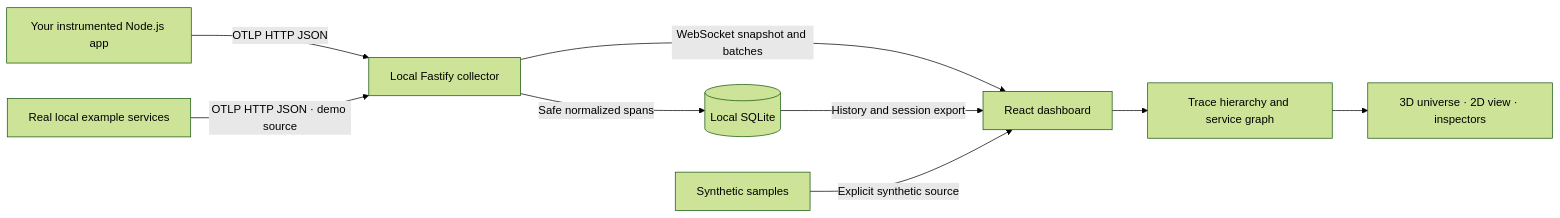
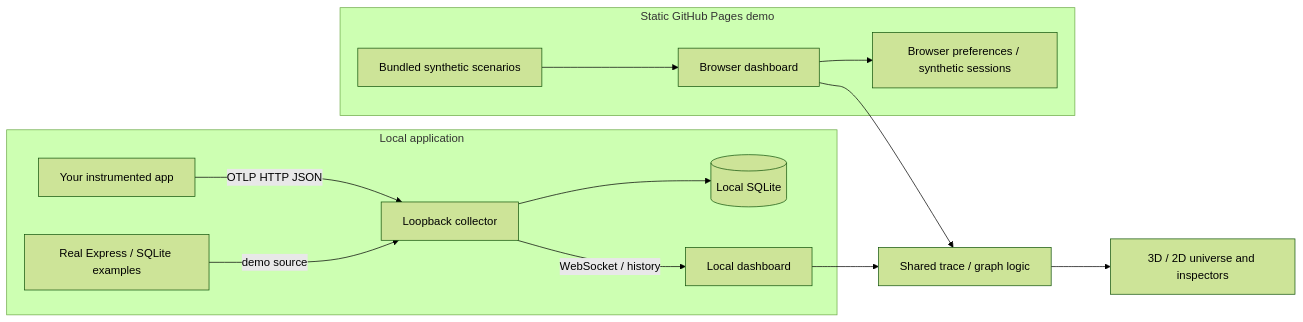
The diagram in README.md (prohz189hh-boop/traceverse), drawn with Mermaid (forest theme) before and after one commit. The commit also changed other lines of this file and 76 other files, not shown here.

Commit message:
feat: add synthetic Pages demo, scenarios and efficient 3D renderer

````diff
--- a/README.md
+++ b/README.md
@@ -99,11 +128,16 @@
 ```mermaid
 flowchart LR
-  APP[Your instrumented Node.js app] -->|OTLP HTTP JSON| C[Local Fastify collector]
-  DEMO[Real local example services] -->|OTLP HTTP JSON · demo source| C
-  C -->|Safe normalized spans| DB[(Local SQLite)]
-  C -->|WebSocket snapshot and batches| WEB[React dashboard]
-  DB -->|History and session export| WEB
-  WEB --> CORE[Trace hierarchy and service graph]
-  CORE --> VIEW[3D universe · 2D view · inspectors]
-  SYN[Synthetic samples] -->|Explicit synthetic source| WEB
+  subgraph LOCAL[Local application]
+    APP[Your instrumented app] -->|OTLP HTTP JSON| C[Loopback collector]
+    DEMO[Real Express / SQLite examples] -->|demo source| C
+    C --> DB[(Local SQLite)]
+    C -->|WebSocket / history| WEB[Local dashboard]
+  end
+  subgraph PUBLIC[Static GitHub Pages demo]
+    SYN[Bundled synthetic scenarios] --> STATIC[Browser dashboard]
+    STATIC --> STORE[Browser preferences / synthetic sessions]
+  end
+  WEB --> CORE[Shared trace / graph logic]
+  STATIC --> CORE
+  CORE --> VIEW[3D / 2D universe and inspectors]
 ```
````
